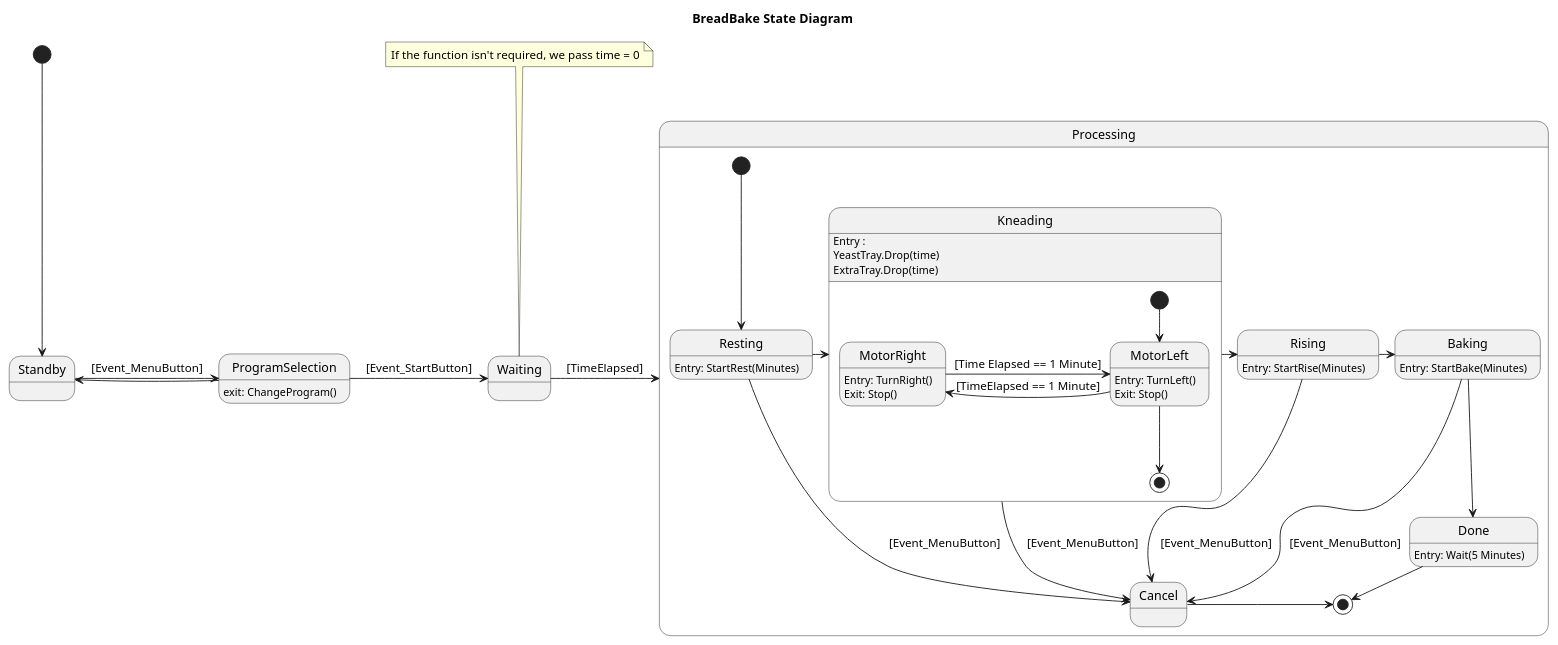
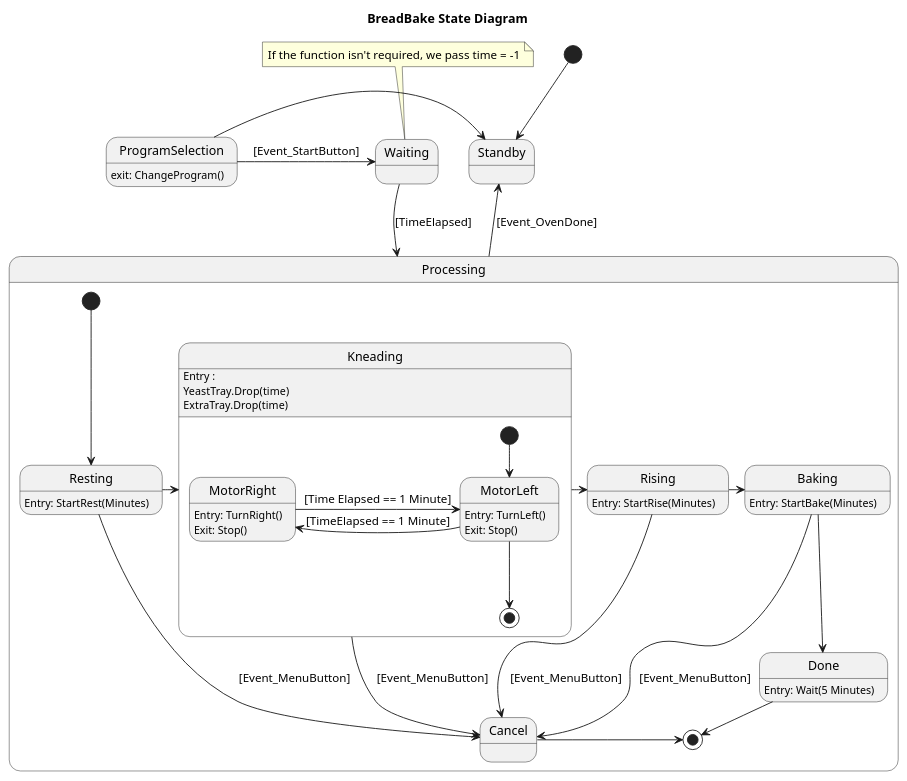
Before and after one commit to NathanThus/Technology-Semester-3: the diagram in Software Design & Algorithms/BreadBake/Diagram.puml, drawn with PlantUML.

```diff
--- a/Software Design & Algorithms/BreadBake/Diagram.puml
+++ b/Software Design & Algorithms/BreadBake/Diagram.puml
@@ -1,66 +1,63 @@
 @startuml BreadBake
 Title BreadBake State Diagram
 
 state ProgramSelection
     ProgramSelection: exit: ChangeProgram()
 
 [*] -down-> Standby
 
 Standby -> ProgramSelection : [Event_MenuButton]
 ProgramSelection -> Standby
 ProgramSelection -> Waiting : [Event_StartButton]
 Waiting -> Processing : [TimeElapsed]
 
 note top of Waiting
-    If the function isn't required, we pass time = 0
+    If the function isn't required, we pass time = -1
 end note
 
 state Processing {
     state Baking
         Baking: Entry: StartBake(Minutes)
     state Resting
         Resting: Entry: StartRest(Minutes)
     state Rising
         Rising: Entry: StartRise(Minutes)
     state Done
         Done: Entry: Wait(5 Minutes)
 
     state Kneading {
     Kneading: Entry : 
     Kneading: YeastTray.Drop(time)
     Kneading: ExtraTray.Drop(time)
 
     state MotorLeft
         MotorLeft: Entry: TurnLeft()
         MotorLeft: Exit: Stop()
     state MotorRight
         MotorRight: Entry: TurnRight()
         MotorRight: Exit: Stop()
 
     [*] --> MotorLeft
 
     MotorLeft -Left-> MotorRight : [TimeElapsed == 1 Minute]
     MotorRight -Right-> MotorLeft : [Time Elapsed == 1 Minute]
     MotorLeft --Down-> [*]
     }
 
     [*] -down-> Resting
     Resting --right-> Kneading 
     Kneading -> Rising 
     Rising -> Baking
     Baking -right-> Done
     Done -> [*] : [TaskNr != done || Event_MenuButton]
 
     Resting -down-> Cancel : [Event_MenuButton]
     Kneading -down-> Cancel : [Event_MenuButton]
     Rising -down-> Cancel : [Event_MenuButton]
     Baking -down-> Cancel : [Event_MenuButton]
 
     Cancel->[*]
 }
 
-
-
-
-
+Processing --> Standby : [Event_OvenDone]
 @enduml
```
